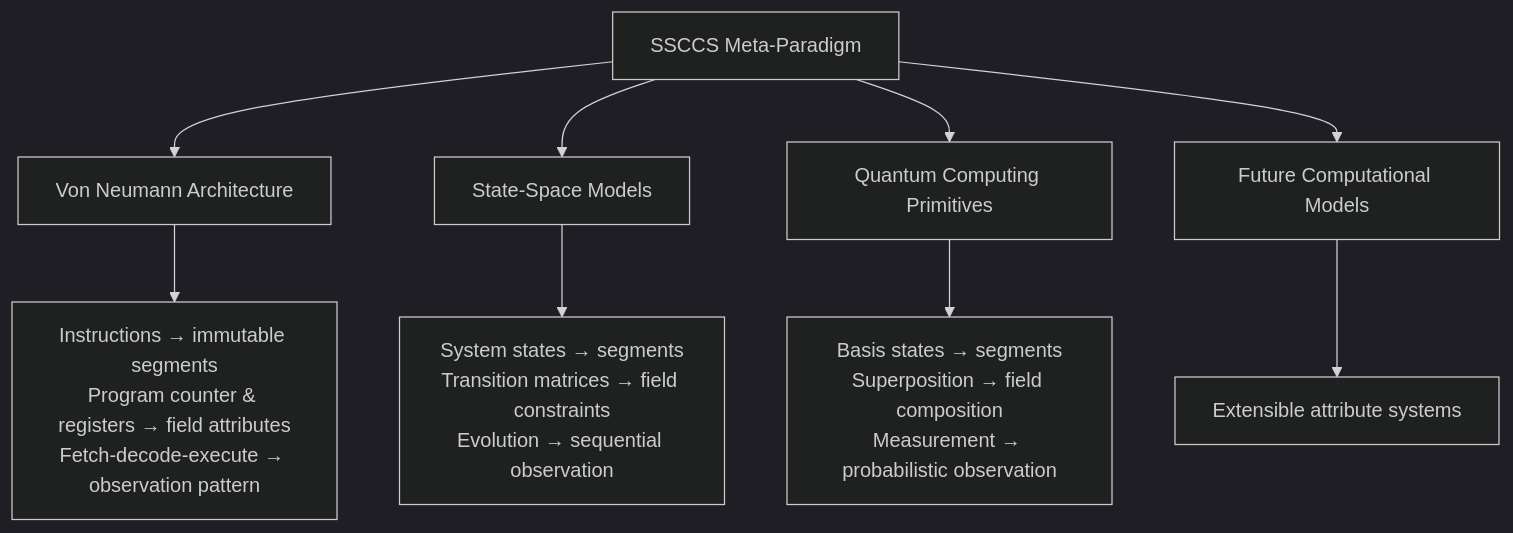
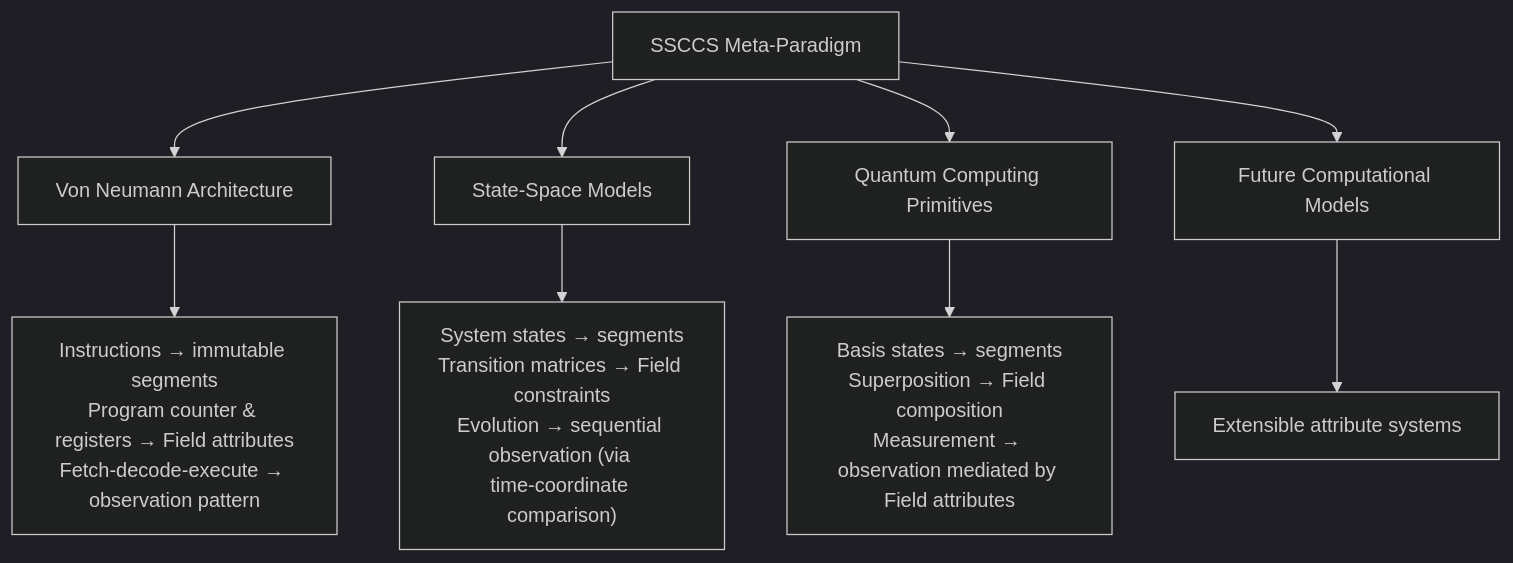
The first of 2 diagrams in README.md (ssccsorg/ssccs), drawn with Mermaid (dark theme) before and after one commit. The commit also changed other lines of this file, not shown here.

`````diff
--- a/README.md
+++ b/README.md
@@ -46,12 +51,12 @@
 ```mermaid
 flowchart TD
     A[SSCCS Meta-Paradigm] --> B[Von Neumann Architecture]
     A --> C[State-Space Models]
     A --> D[Quantum Computing Primitives]
     A --> E[Future Computational Models]
     
-    B --> F["Instructions → immutable segments<br>Program counter & registers → field attributes<br>Fetch-decode-execute → observation pattern"]
-    C --> G["System states → segments<br>Transition matrices → field constraints<br>Evolution → sequential observation"]
-    D --> H["Basis states → segments<br>Superposition → field composition<br>Measurement → probabilistic observation"]
+    B --> F["Instructions → immutable segments<br>Program counter & registers → Field attributes<br>Fetch-decode-execute → observation pattern"]
+    C --> G["System states → segments<br>Transition matrices → Field constraints<br>Evolution → sequential observation (via time‑coordinate comparison)"]
+    D --> H["Basis states → segments<br>Superposition → Field composition<br>Measurement → observation mediated by Field attributes"]
     E --> I["Extensible attribute systems"]
-````
+```
`````
